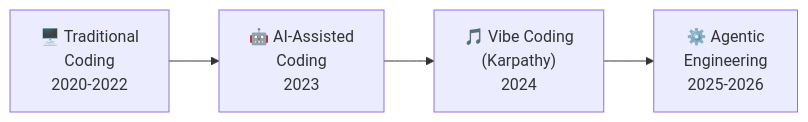
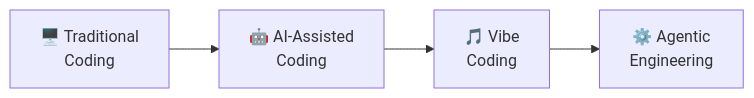
One commit to davidkaya/talks changed the first of 7 diagrams in standard/Agentic Engineering/presentation.md. Above: the diagram before and after it, drawn with Mermaid.

Commit message:
fix: shorten mermaid node labels on evolution slide to fit screen
Remove year ranges from node labels (already covered in milestones
below) to reduce horizontal width of the 4-node flowchart.

````diff
--- a/standard/Agentic Engineering/presentation.md
+++ b/standard/Agentic Engineering/presentation.md
@@ -65,6 +65,6 @@
 ```mermaid
 flowchart LR
-    A["🖥️ Traditional<br>Coding<br>2020-2022"] --> B["🤖 AI-Assisted<br>Coding<br>2023"]
-    B --> C["🎵 Vibe Coding<br>(Karpathy)<br>2024"]
-    C --> D["⚙️ Agentic<br>Engineering<br>2025-2026"]
+    A["🖥️ Traditional<br>Coding"] --> B["🤖 AI-Assisted<br>Coding"]
+    B --> C["🎵 Vibe<br>Coding"]
+    C --> D["⚙️ Agentic<br>Engineering"]
 ```
````
